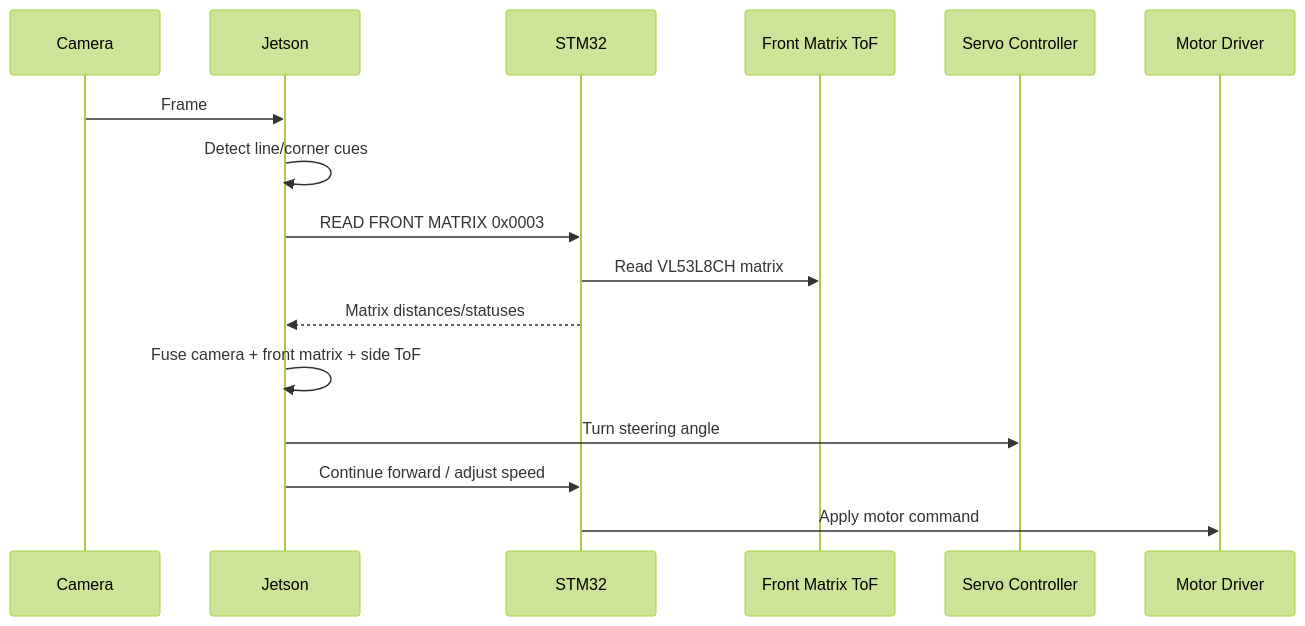
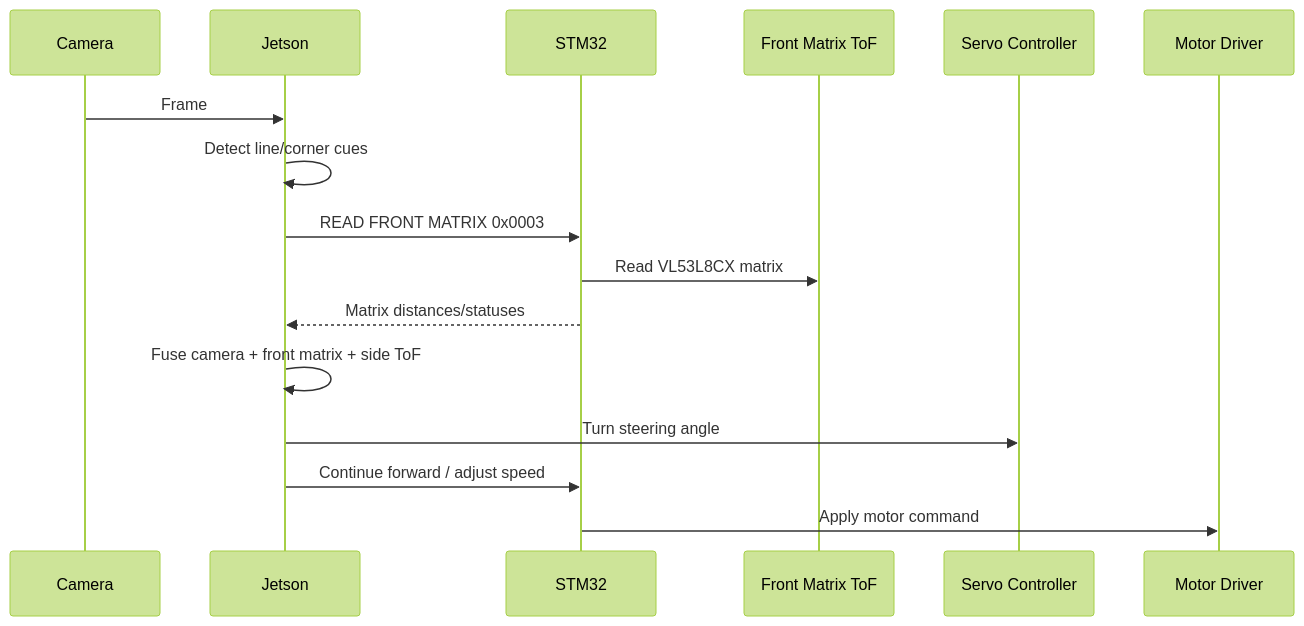
One commit to Denis-D220/WRO-MetallicMadness changed the third of 5 diagrams in docs/03-software-architecture.md. Above: the diagram before and after it, drawn with Mermaid (forest theme). The commit also changed other lines of this file and 10 other files, not shown here.

````diff
--- a/docs/03-software-architecture.md
+++ b/docs/03-software-architecture.md
@@ -281,21 +281,21 @@
 ```mermaid
 sequenceDiagram
     participant C as Camera
     participant J as Jetson
     participant S as STM32
     participant F as Front Matrix ToF
     participant V as Servo Controller
     participant M as Motor Driver
 
     C->>J: Frame
     J->>J: Detect line/corner cues
 
     J->>S: READ FRONT MATRIX 0x0003
-    S->>F: Read VL53L8CH matrix
+    S->>F: Read VL53L8CX matrix
     S-->>J: Matrix distances/statuses
 
     J->>J: Fuse camera + front matrix + side ToF
     J->>V: Turn steering angle
     J->>S: Continue forward / adjust speed
     S->>M: Apply motor command
 ```
````
